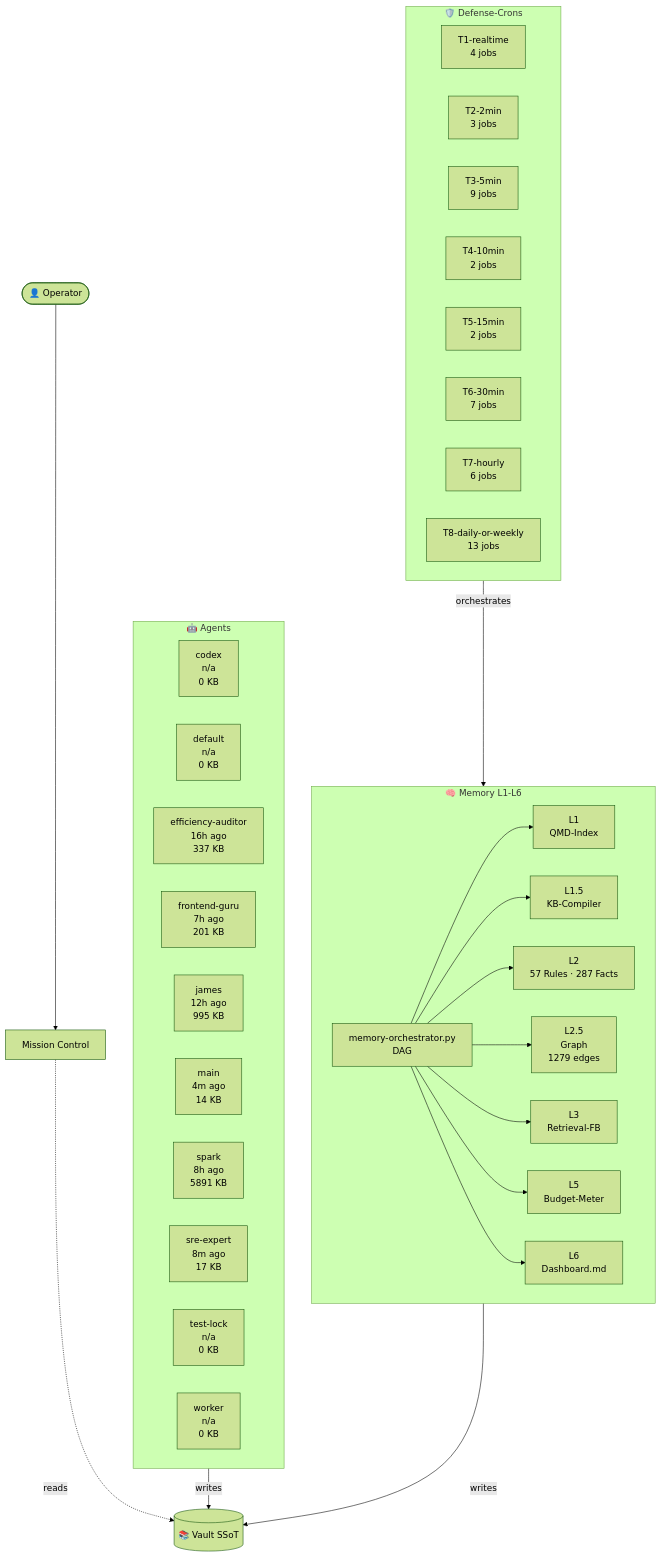
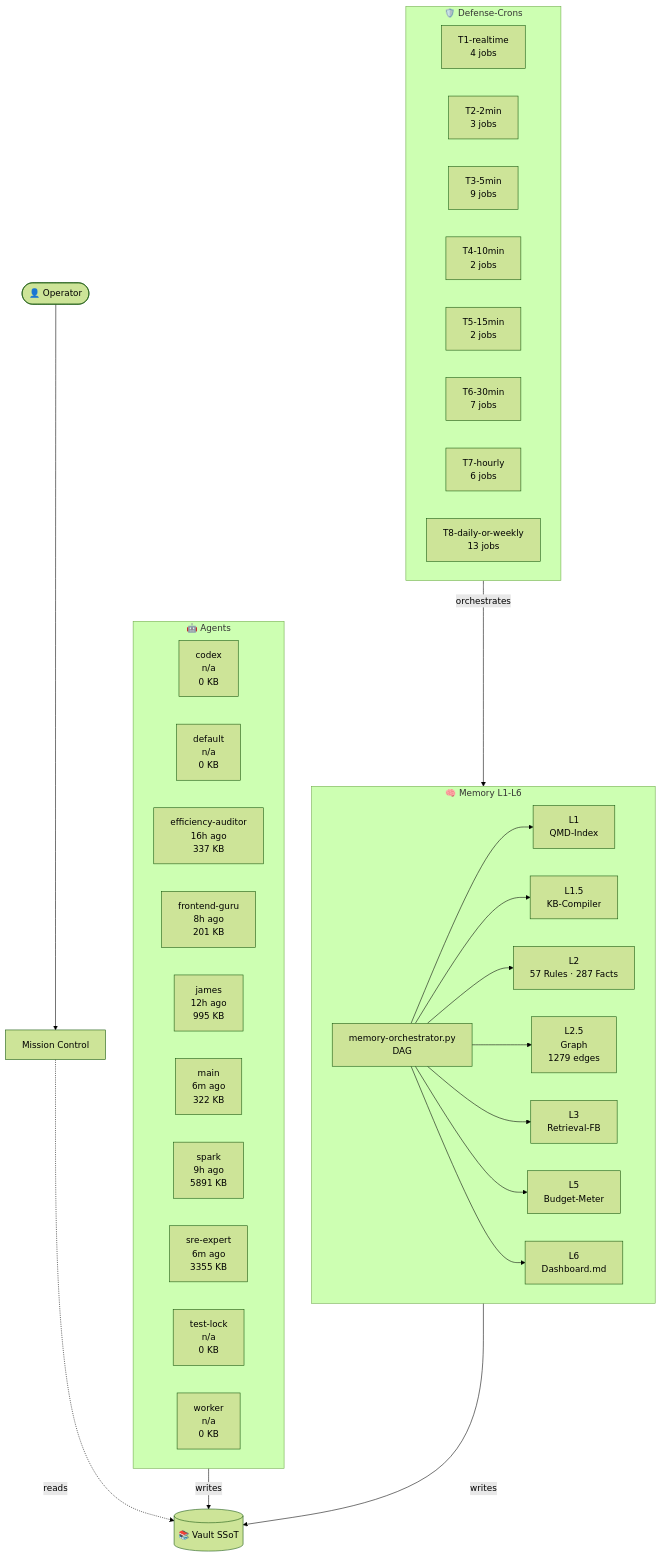
The diagram in 03-Agents/architecture-live.md (lenardhuebner88-rgb/openclaw-memory), drawn with Mermaid (forest theme) before and after one commit. The commit also changed other lines of this file and 16 other files, not shown here.

````diff
--- a/03-Agents/architecture-live.md
+++ b/03-Agents/architecture-live.md
@@ -18,51 +18,51 @@
 ```mermaid
 flowchart TB
     classDef critical fill:#fee,stroke:#c00,stroke-width:2px;
     subgraph AGT["🤖 Agents"]
         agent_codex["codex<br/>n/a<br/>0 KB"]
         agent_default["default<br/>n/a<br/>0 KB"]
         agent_efficiency_auditor["efficiency-auditor<br/>16h ago<br/>337 KB"]
-        agent_frontend_guru["frontend-guru<br/>7h ago<br/>201 KB"]
+        agent_frontend_guru["frontend-guru<br/>8h ago<br/>201 KB"]
         agent_james["james<br/>12h ago<br/>995 KB"]
-        agent_main["main<br/>4m ago<br/>14 KB"]
-        agent_spark["spark<br/>8h ago<br/>5891 KB"]
-        agent_sre_expert["sre-expert<br/>8m ago<br/>17 KB"]
+        agent_main["main<br/>6m ago<br/>322 KB"]
+        agent_spark["spark<br/>9h ago<br/>5891 KB"]
+        agent_sre_expert["sre-expert<br/>6m ago<br/>3355 KB"]
         agent_test_lock["test-lock<br/>n/a<br/>0 KB"]
         agent_worker["worker<br/>n/a<br/>0 KB"]
     end
     subgraph MEM["🧠 Memory L1-L6"]
         L1["L1<br/>QMD-Index"]
         L15["L1.5<br/>KB-Compiler"]
         L2["L2<br/>57 Rules · 287 Facts"]
         L25["L2.5<br/>Graph<br/>1279 edges"]
         L3["L3<br/>Retrieval-FB"]
         L5["L5<br/>Budget-Meter"]
         L6["L6<br/>Dashboard.md"]
         ORCH["memory-orchestrator.py<br/>DAG"]
     end
     subgraph CRN["🛡️ Defense-Crons"]
         tier_T1_realtime["T1-realtime<br/>4 jobs"]
         tier_T2_2min["T2-2min<br/>3 jobs"]
         tier_T3_5min["T3-5min<br/>9 jobs"]
         tier_T4_10min["T4-10min<br/>2 jobs"]
         tier_T5_15min["T5-15min<br/>2 jobs"]
         tier_T6_30min["T6-30min<br/>7 jobs"]
         tier_T7_hourly["T7-hourly<br/>6 jobs"]
         tier_T8_daily_or_weekly["T8-daily-or-weekly<br/>13 jobs"]
     end
     VAULT[("📚 Vault SSoT")]
     OP([👤 Operator])
     MC["Mission Control"]
     OP --> MC
     MC -.reads.-> VAULT
     AGT -->|writes| VAULT
     MEM -->|writes| VAULT
     ORCH --> L1
     ORCH --> L15
     ORCH --> L2
     ORCH --> L25
     ORCH --> L3
     ORCH --> L5
     ORCH --> L6
     CRN -->|orchestrates| MEM
 ```
````
